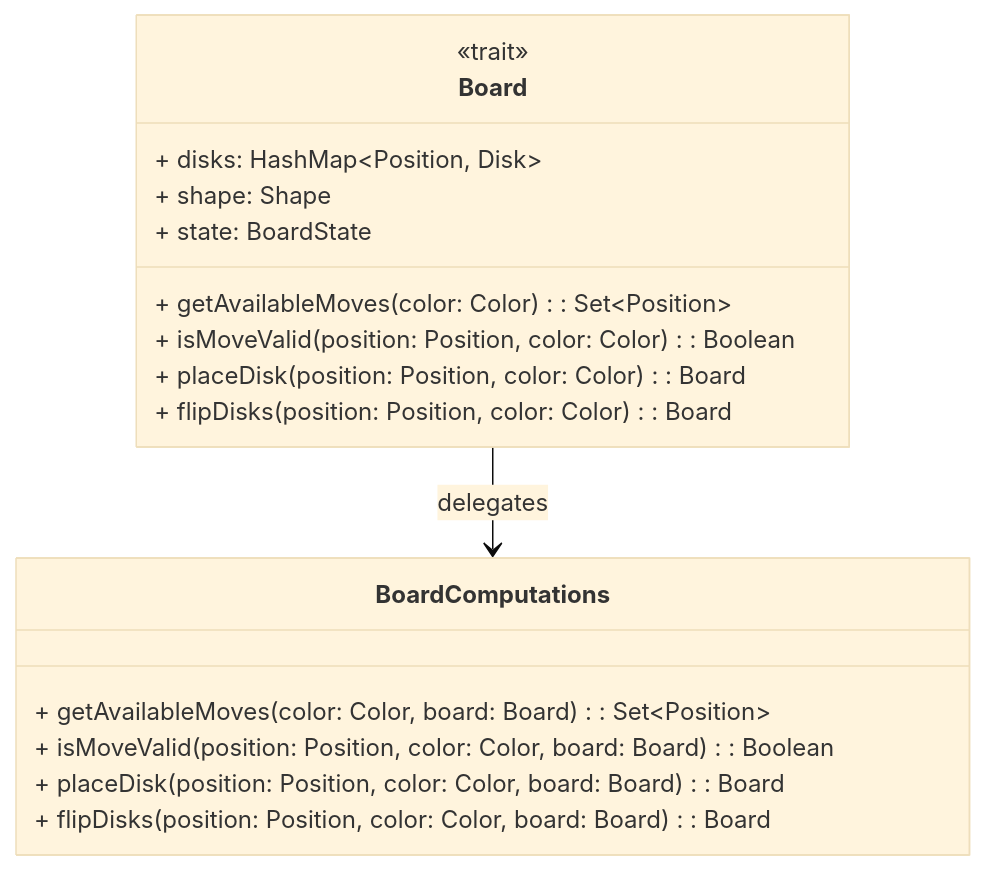
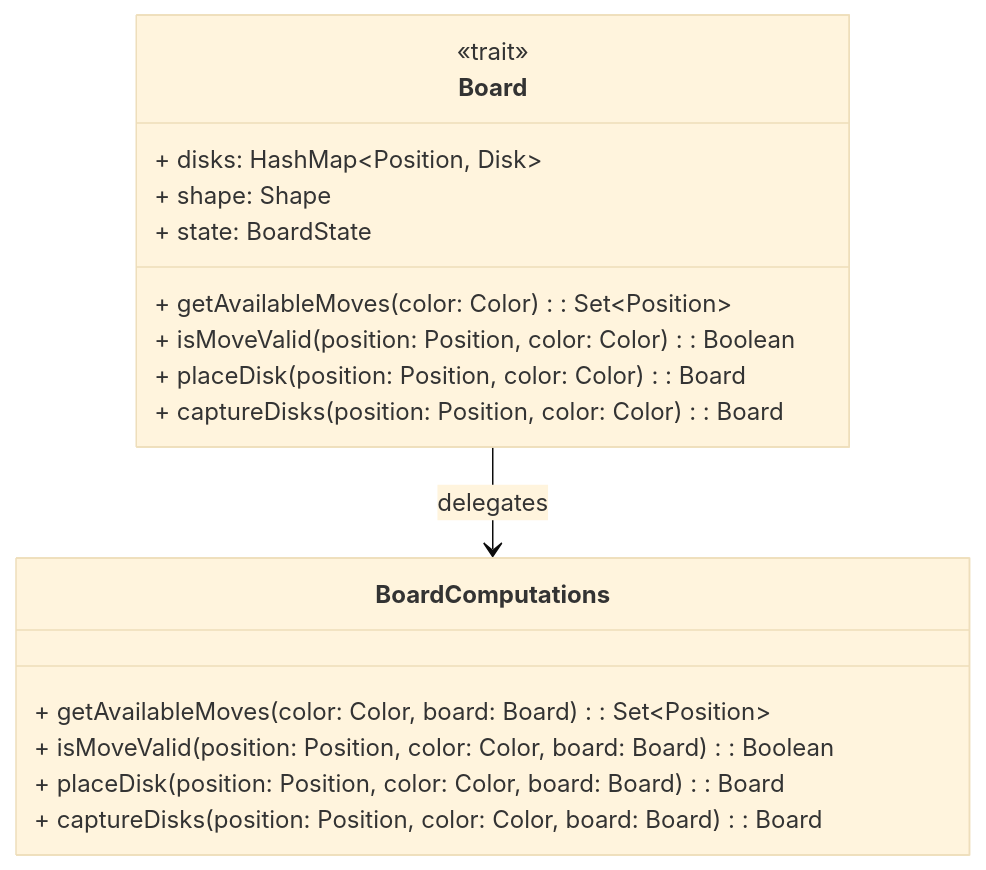
Before and after one commit to Borgotto/PPS-25-scalatello: the tenth of 12 diagrams in docs/report/5-detailed-design.md, drawn with Mermaid (base theme).

Commit message:
Refactor Board design: change function name

````diff
--- a/docs/report/5-detailed-design.md
+++ b/docs/report/5-detailed-design.md
@@ -226,20 +226,20 @@
 ```mermaid
 classDiagram
   class Board {
     <<trait>>
     + disks: HashMap~Position, Disk~
     + shape: Shape
     + state: BoardState
     + getAvailableMoves(color: Color): Set~Position~
     + isMoveValid(position: Position, color: Color): Boolean
     + placeDisk(position: Position, color: Color): Board
-    + flipDisks(position: Position, color: Color): Board
+    + captureDisks(position: Position, color: Color): Board
   }
   class BoardComputations {
     + getAvailableMoves(color: Color, board: Board): Set~Position~
     + isMoveValid(position: Position, color: Color, board: Board): Boolean
     + placeDisk(position: Position, color: Color, board: Board): Board
-    + flipDisks(position: Position, color: Color, board: Board): Board
+    + captureDisks(position: Position, color: Color, board: Board): Board
   }
   Board --> BoardComputations: delegates
 ```
````
